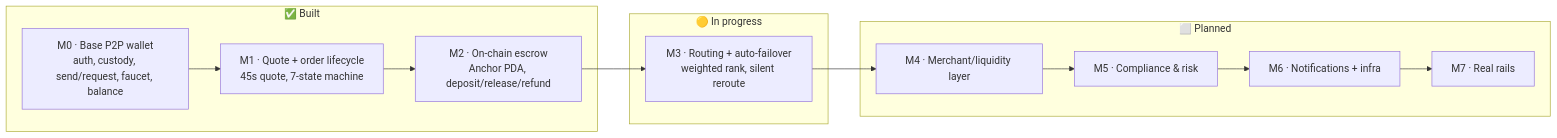
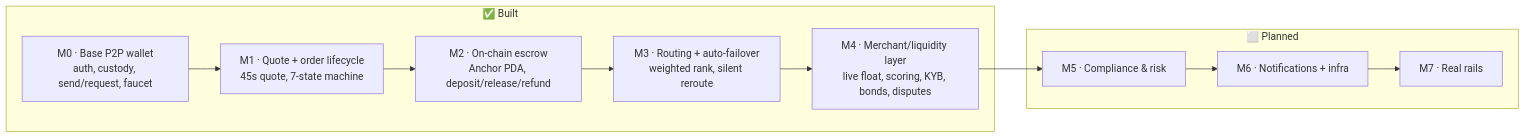
Before and after one commit to unabrijed/frenspay: the diagram in monorepo/docs/12-status-and-roadmap.md, drawn with Mermaid. The commit also changed other lines of this file and 8 other files, not shown here.

````diff
--- a/monorepo/docs/12-status-and-roadmap.md
+++ b/monorepo/docs/12-status-and-roadmap.md
@@ -8,18 +8,16 @@
 ```mermaid
 flowchart LR
     subgraph done["✅ Built"]
-      M0["M0 · Base P2P wallet<br/>auth, custody, send/request, faucet, balance"]
+      M0["M0 · Base P2P wallet<br/>auth, custody, send/request, faucet"]
       M1["M1 · Quote + order lifecycle<br/>45s quote, 7-state machine"]
       M2["M2 · On-chain escrow<br/>Anchor PDA, deposit/release/refund"]
-    end
-    subgraph wip["🟡 In progress"]
       M3["M3 · Routing + auto-failover<br/>weighted rank, silent reroute"]
+      M4["M4 · Merchant/liquidity layer<br/>live float, scoring, KYB, bonds, disputes"]
     end
     subgraph planned["⬜ Planned"]
-      M4["M4 · Merchant/liquidity layer"]
       M5["M5 · Compliance & risk"]
       M6["M6 · Notifications + infra"]
       M7["M7 · Real rails"]
     end
     M0 --> M1 --> M2 --> M3 --> M4 --> M5 --> M6 --> M7
 ```
````
